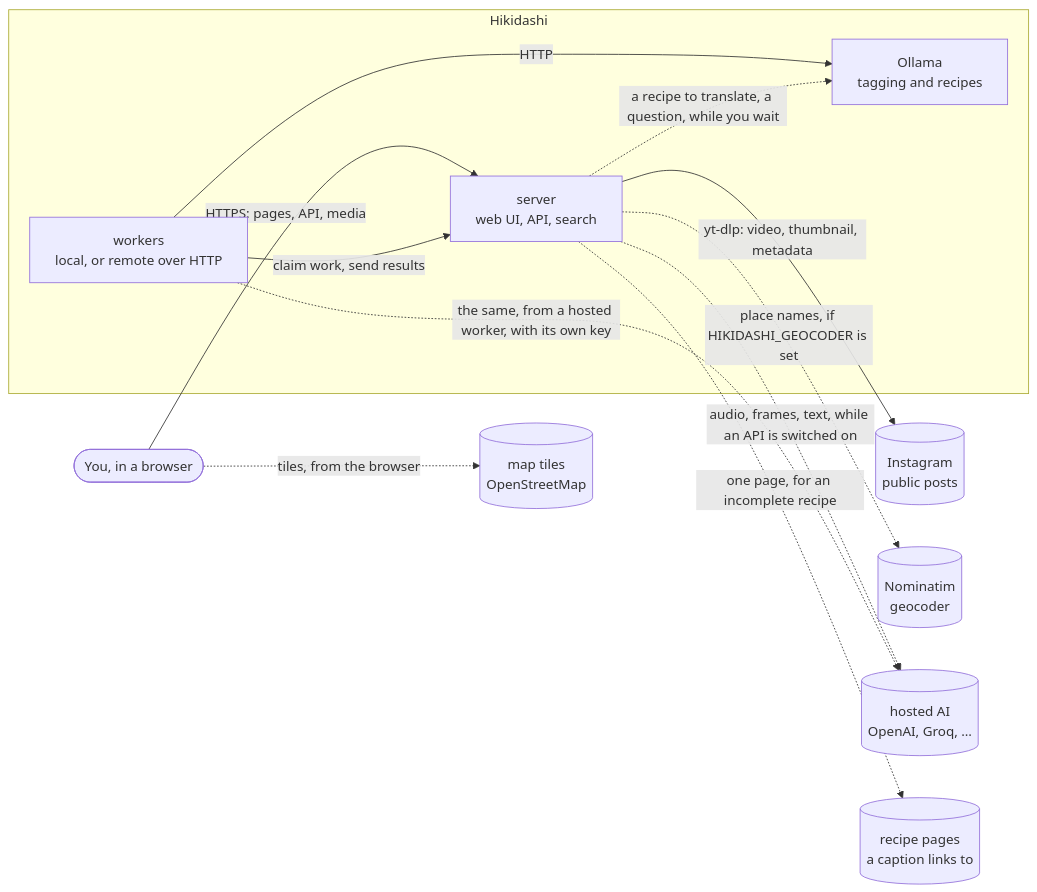
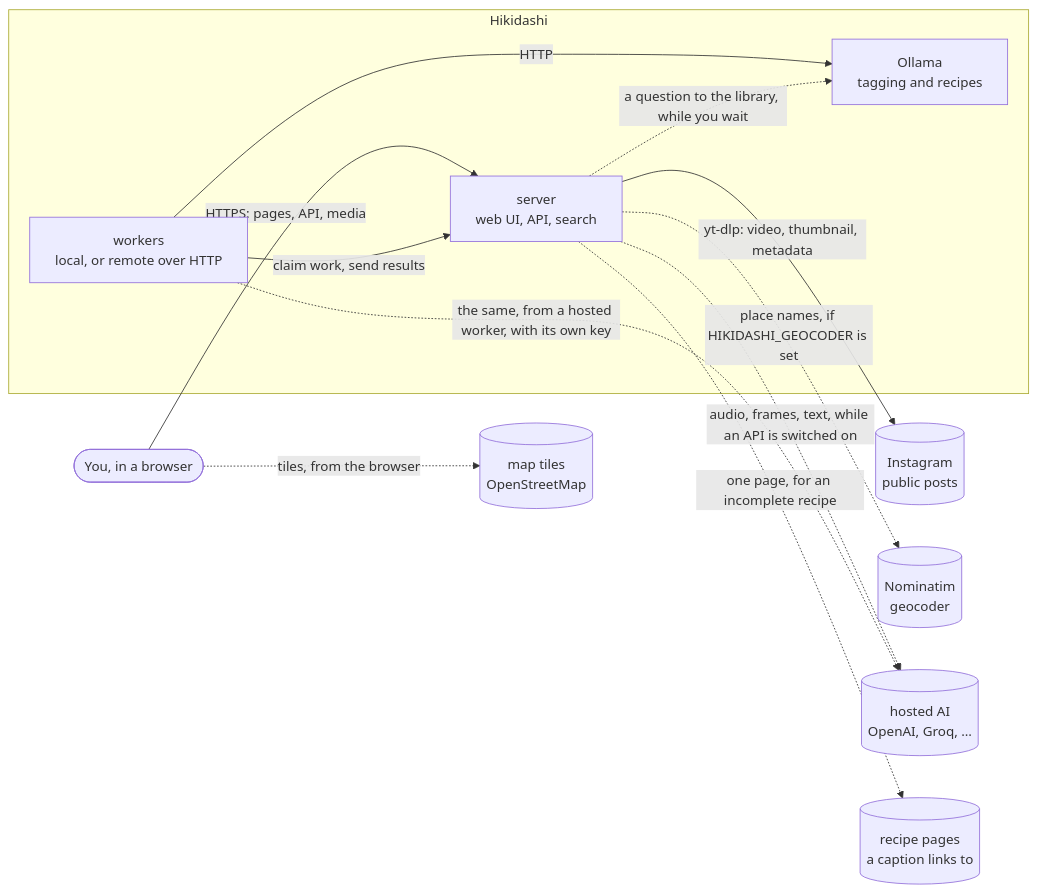
The first of 10 diagrams in docs/architecture.md (spanthetree/hikidashi), drawn with Mermaid before and after one commit. The commit also changed other lines of this file and 29 other files, not shown here.

First line of the commit message:
Translate recipes in the recipe stage; Ollama as an AI provider (#114, #125)

````diff
--- a/docs/architecture.md
+++ b/docs/architecture.md
@@ -23,25 +23,25 @@
 ```mermaid
 flowchart LR
   person(["You, in a browser"])
   subgraph rv["Hikidashi"]
     server["server<br/>web UI, API, search"]
     workers["workers<br/>local, or remote over HTTP"]
     ollama["Ollama<br/>tagging and recipes"]
   end
   ig[("Instagram<br/>public posts")]
   geo[("Nominatim<br/>geocoder")]
   tiles[("map tiles<br/>OpenStreetMap")]
   hosted[("hosted AI<br/>OpenAI, Groq, …")]
   blogs[("recipe pages<br/>a caption links to")]
 
   person -- "HTTPS: pages, API, media" --> server
   person -. "tiles, from the browser" .-> tiles
   workers -- "claim work, send results" --> server
   workers -- "HTTP" --> ollama
   server -- "yt-dlp: video, thumbnail, metadata" --> ig
   server -. "place names, if HIKIDASHI_GEOCODER is set" .-> geo
   server -. "audio, frames, text, while an API is switched on" .-> hosted
   workers -. "the same, from a hosted worker, with its own key" .-> hosted
   server -. "one page, for an incomplete recipe" .-> blogs
-  server -. "a recipe to translate, a question, while you wait" .-> ollama
+  server -. "a question to the library, while you wait" .-> ollama
 ```
````
